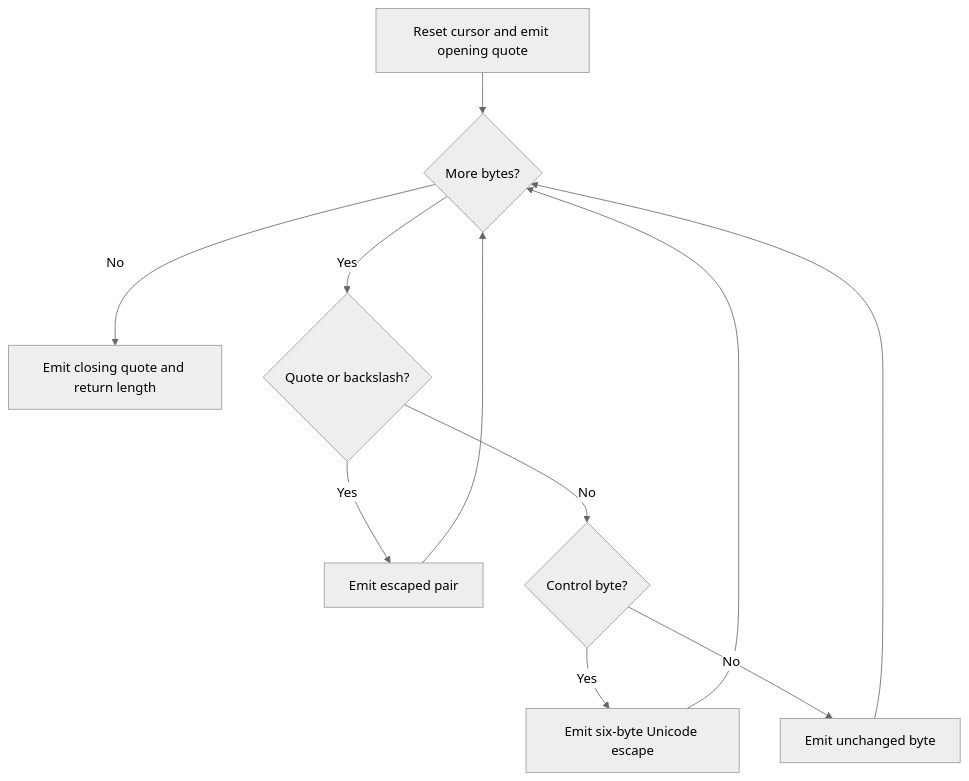
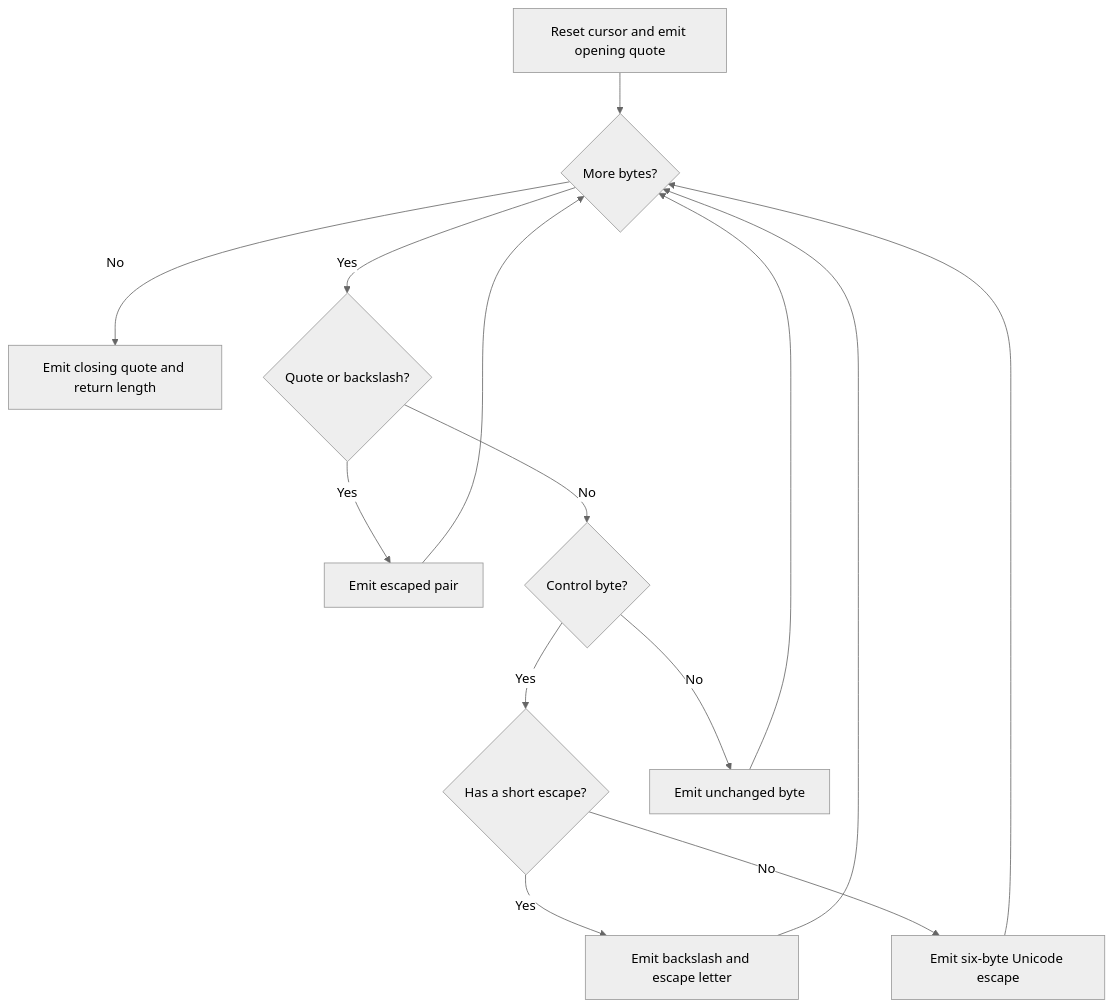
One commit to macchiato-dev/macchiato changed the diagram in dev/microwasm/examples/18-json-string.md. Above: the diagram before and after it, drawn with Mermaid (neutral theme). The commit also changed other lines of this file and 4 other files, not shown here.

Commit message:
Emit standard short JSON escapes in handwritten Wasm filters

````diff
--- a/dev/microwasm/examples/18-json-string.md
+++ b/dev/microwasm/examples/18-json-string.md
@@ -26,13 +32,16 @@
 ```mermaid
 flowchart TD
     A[Reset cursor and emit opening quote] --> B{More bytes?}
     B -- No --> E[Emit closing quote and return length]
     B -- Yes --> C{Quote or backslash?}
     C -- Yes --> Q[Emit escaped pair]
     C -- No --> D{Control byte?}
-    D -- Yes --> U[Emit six-byte Unicode escape]
+    D -- Yes --> S{Has a short escape?}
+    S -- Yes --> T[Emit backslash and escape letter]
+    S -- No --> U[Emit six-byte Unicode escape]
     D -- No --> P[Emit unchanged byte]
     Q --> B
     U --> B
+    T --> B
     P --> B
 ```
````
